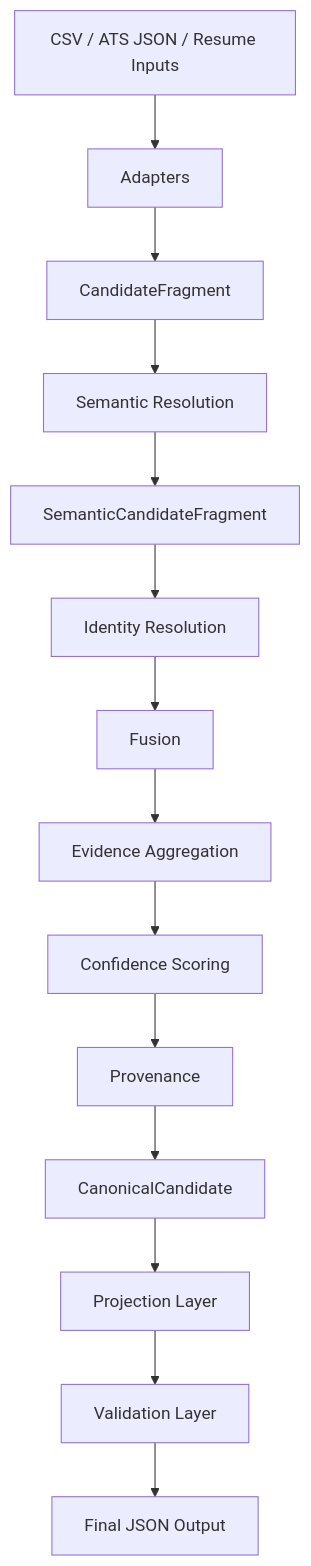
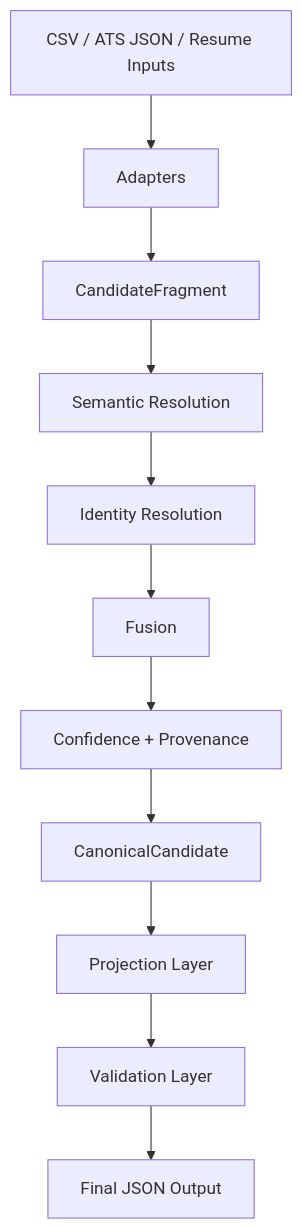
The diagram in README.md (Shan713/semantic-guided-candidate-transformer), drawn with Mermaid before and after one commit. The commit also changed other lines of this file and 17 other files, not shown here.

````diff
--- a/README.md
+++ b/README.md
@@ -28,16 +79,13 @@
 ```mermaid
 flowchart TD
     A[CSV / ATS JSON / Resume Inputs] --> B[Adapters]
     B --> C[CandidateFragment]
     C --> D[Semantic Resolution]
-    D --> E[SemanticCandidateFragment]
-    E --> F[Identity Resolution]
-    F --> G[Fusion]
-    G --> H[Evidence Aggregation]
-    H --> I[Confidence Scoring]
-    I --> J[Provenance]
-    J --> K[CanonicalCandidate]
-    K --> L[Projection Layer]
-    L --> M[Validation Layer]
-    M --> N[Final JSON Output]
+    D --> E[Identity Resolution]
+    E --> F[Fusion]
+    F --> G[Confidence + Provenance]
+    G --> H[CanonicalCandidate]
+    H --> I[Projection Layer]
+    I --> J[Validation Layer]
+    J --> K[Final JSON Output]
 ```
````
